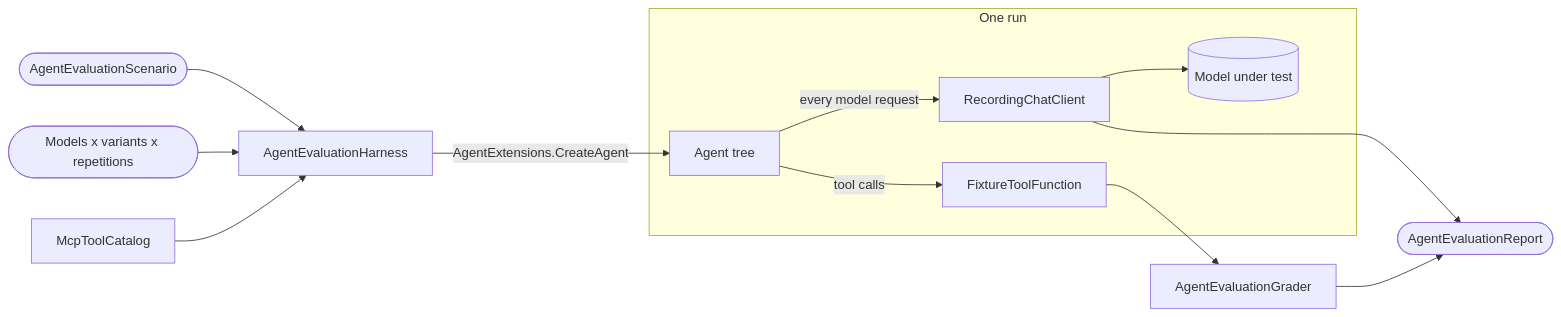
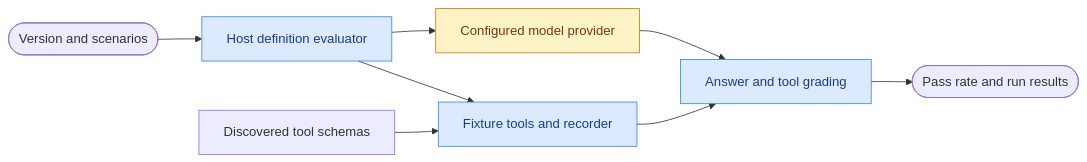
One commit to f2calv/agentizr changed the diagram in src/CasCap.AgentRuntime.Evaluation/README.md. Above: the diagram before and after it, drawn with Mermaid. The commit also changed other lines of this file and 9 other files, not shown here.

````diff
--- a/src/CasCap.AgentRuntime.Evaluation/README.md
+++ b/src/CasCap.AgentRuntime.Evaluation/README.md
@@ -36,15 +102,12 @@
 ```mermaid
 flowchart LR
-    Scenario([AgentEvaluationScenario]) --> Harness
-    Matrix([Models x variants x repetitions]) --> Harness
-    Catalog[McpToolCatalog] --> Harness
-    Harness[AgentEvaluationHarness] -->|AgentExtensions.CreateAgent| Agent[Agent tree]
-    subgraph Run[One run]
-        Agent -->|tool calls| Fixtures[FixtureToolFunction]
-        Agent -->|every model request| Recorder[RecordingChatClient]
-        Recorder --> Model[(Model under test)]
-    end
-    Fixtures --> Grader[AgentEvaluationGrader]
-    Recorder --> Report([AgentEvaluationReport])
-    Grader --> Report
+    classDef owned fill:#dbeafe,stroke:#3b82f6,color:#1e3a8a
+    classDef external fill:#fef3c7,stroke:#d97706,color:#78350f
+    Request([Version and scenarios]) --> Evaluator[Host definition evaluator]:::owned
+    Surface[Discovered tool schemas] --> Fixtures[Fixture tools and recorder]:::owned
+    Evaluator --> Fixtures
+    Evaluator --> Model[Configured model provider]:::external
+    Model --> Grader[Answer and tool grading]:::owned
+    Fixtures --> Grader
+    Grader --> Response([Pass rate and run results])
 ```
````
